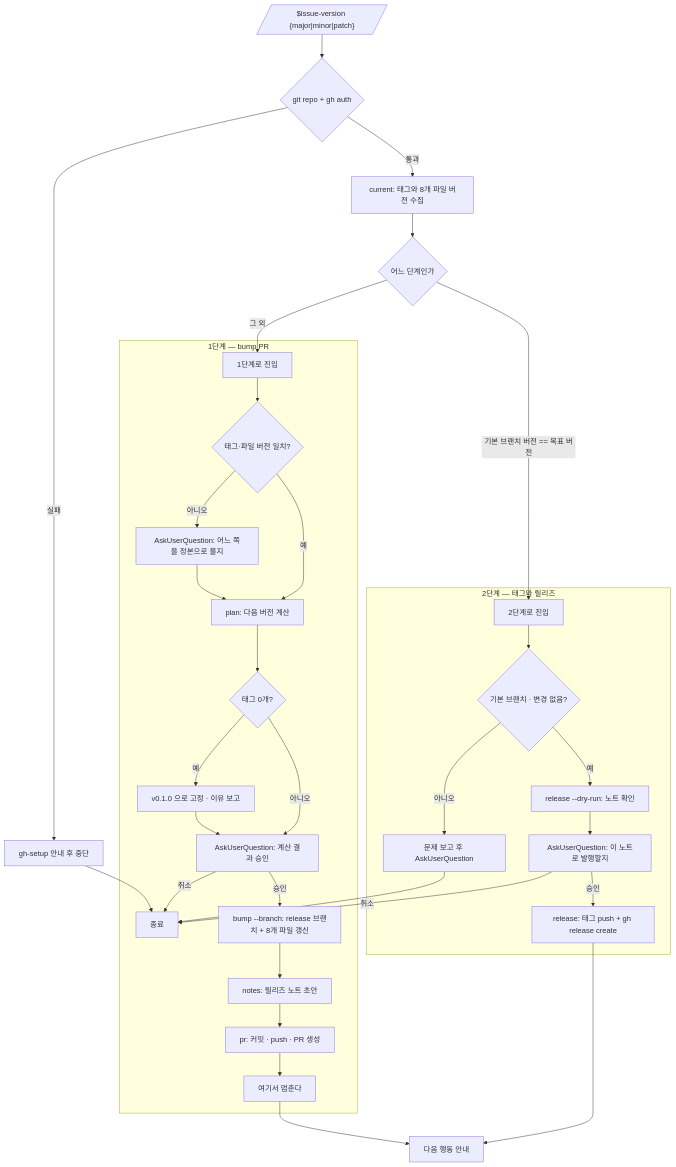
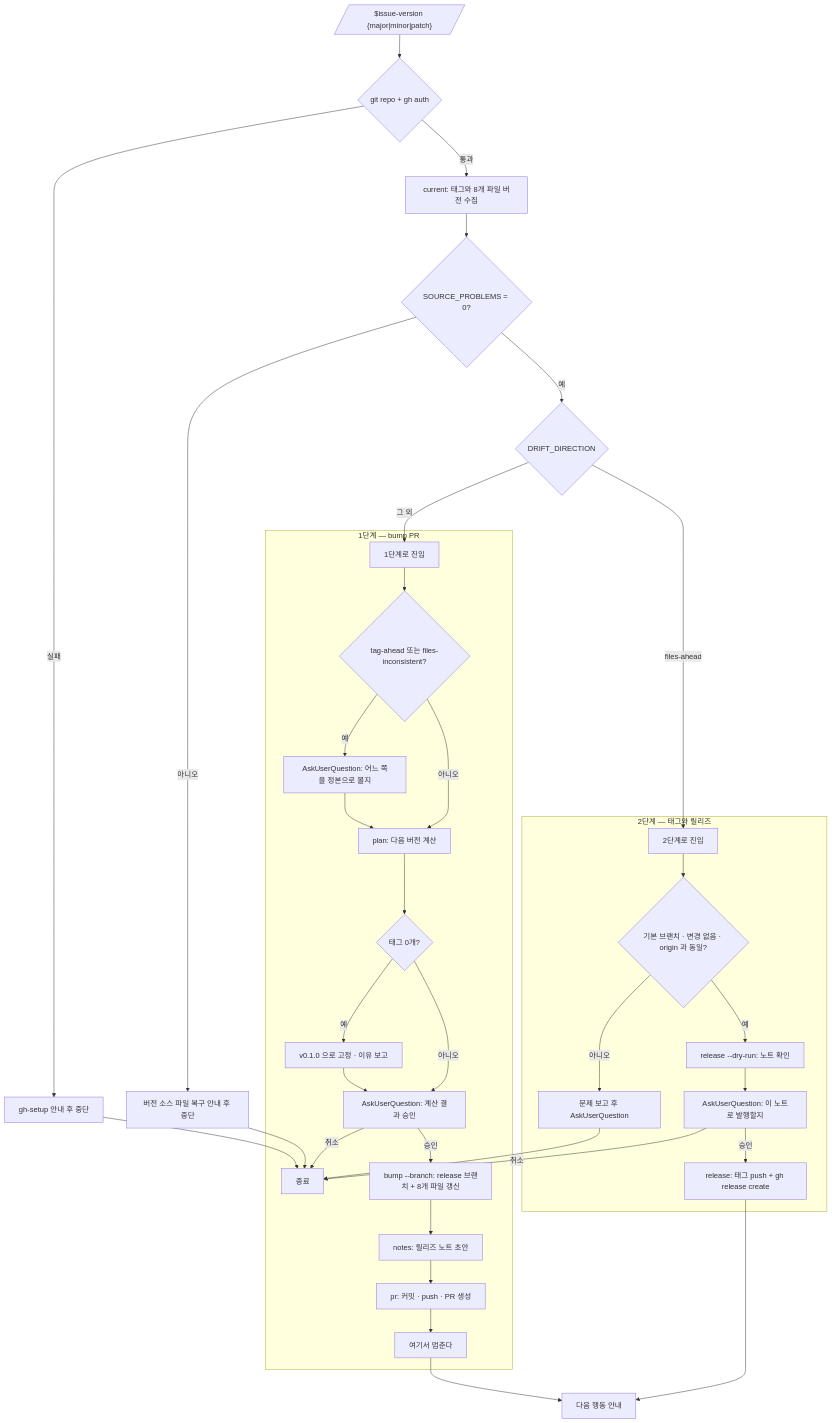
The diagram in skills/issue-version/SKILL.md (Mineru98/samsara), drawn with Mermaid before and after one commit. The commit also changed other lines of this file and 3 other files, not shown here.

````diff
--- a/skills/issue-version/SKILL.md
+++ b/skills/issue-version/SKILL.md
@@ -50,36 +52,38 @@
 ```mermaid
 flowchart TD
     A[/"$issue-version {major|minor|patch}"/] --> B{git repo + gh auth}
     B -- 실패 --> B1[gh-setup 안내 후 중단] --> Z[종료]
     B -- 통과 --> C[current: 태그와 8개 파일 버전 수집]
 
-    C --> D{어느 단계인가}
-    D -->|기본 브랜치 버전 == 목표 버전| S2[2단계로 진입]
+    C --> C1{SOURCE_PROBLEMS = 0?}
+    C1 -- 아니오 --> C2[버전 소스 파일 복구 안내 후 중단] --> Z
+    C1 -- 예 --> D{DRIFT_DIRECTION}
+    D -->|files-ahead| S2[2단계로 진입]
     D -->|그 외| S1[1단계로 진입]
 
     subgraph ONE["1단계 — bump PR"]
-      S1 --> E{태그·파일 버전 일치?}
-      E -- 아니오 --> E1[AskUserQuestion: 어느 쪽을 정본으로 볼지] --> F
-      E -- 예 --> F[plan: 다음 버전 계산]
+      S1 --> E{tag-ahead 또는 files-inconsistent?}
+      E -- 예 --> E1[AskUserQuestion: 어느 쪽을 정본으로 볼지] --> F
+      E -- 아니오 --> F[plan: 다음 버전 계산]
       F --> F1{태그 0개?}
       F1 -- 예 --> F2[v0.1.0 으로 고정 · 이유 보고] --> G
       F1 -- 아니오 --> G[AskUserQuestion: 계산 결과 승인]
       G -- 취소 --> Z
       G -- 승인 --> H[bump --branch: release 브랜치 + 8개 파일 갱신]
       H --> I[notes: 릴리즈 노트 초안]
       I --> J[pr: 커밋 · push · PR 생성]
       J --> K[여기서 멈춘다]
     end
 
     subgraph TWO["2단계 — 태그와 릴리즈"]
-      S2 --> L{기본 브랜치 · 변경 없음?}
+      S2 --> L{기본 브랜치 · 변경 없음 · origin 과 동일?}
       L -- 아니오 --> L1[문제 보고 후 AskUserQuestion] --> Z
       L -- 예 --> M[release --dry-run: 노트 확인]
       M --> N[AskUserQuestion: 이 노트로 발행할지]
       N -- 취소 --> Z
       N -- 승인 --> O[release: 태그 push + gh release create]
     end
 
     K --> P[다음 행동 안내]
     O --> P
 ```
````
